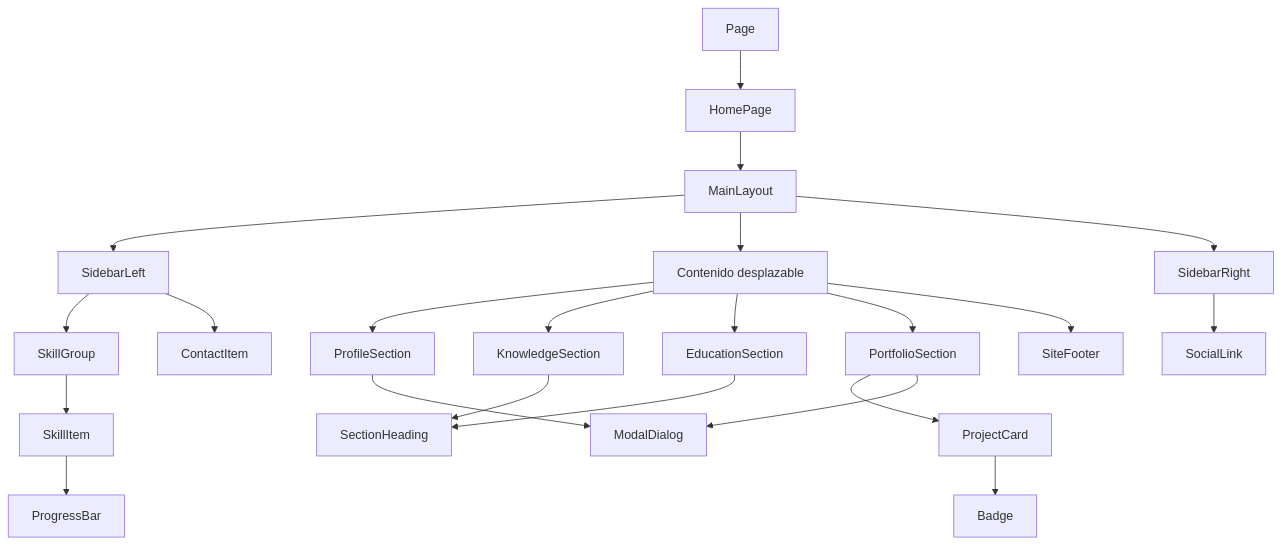
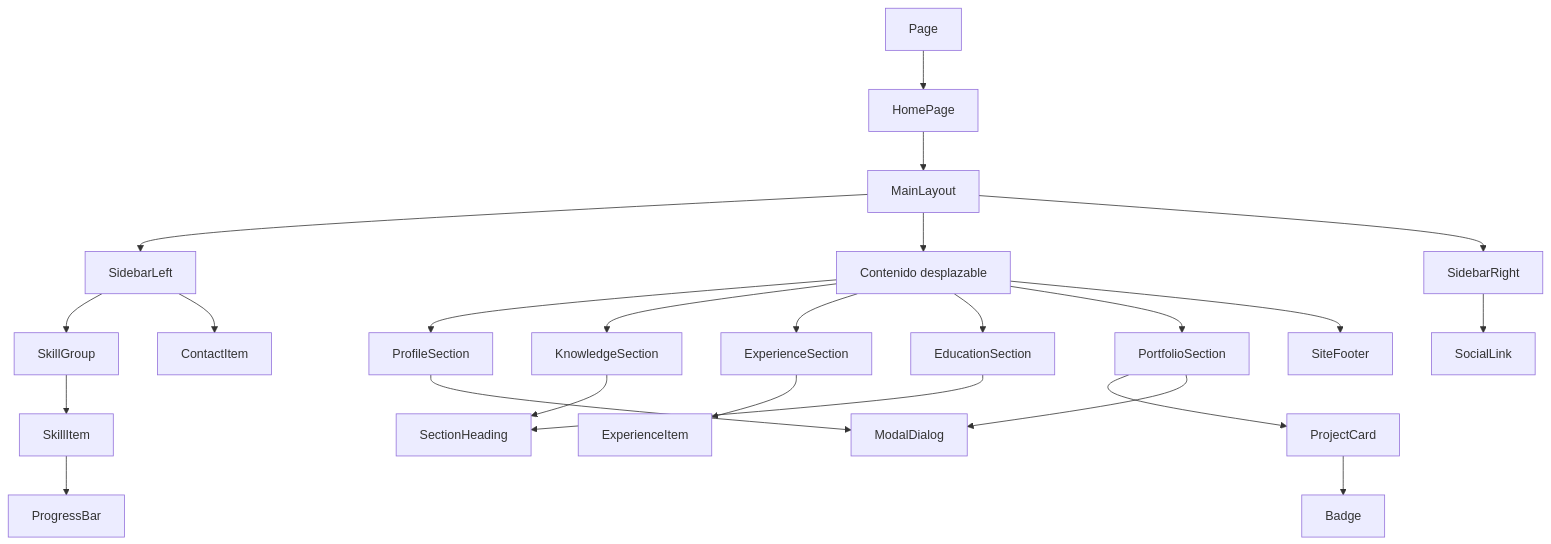
Before and after one commit to MiltonCuervo/Proyecto-1-Ingenieria-Web: the diagram in README.md, drawn with Mermaid. The commit also changed other lines of this file and 12 other files, not shown here.

````diff
--- a/README.md
+++ b/README.md
@@ -61,22 +61,24 @@
 ```mermaid
 flowchart TD
   Page[Page] --> Home[HomePage]
   Home --> Layout[MainLayout]
   Layout --> Left[SidebarLeft]
   Layout --> Center[Contenido desplazable]
   Layout --> Right[SidebarRight]
   Center --> Profile[ProfileSection]
   Center --> Knowledge[KnowledgeSection]
+  Center --> Experience[ExperienceSection]
   Center --> Education[EducationSection]
   Center --> Portfolio[PortfolioSection]
   Center --> Footer[SiteFooter]
   Left --> SkillGroup --> SkillItem --> ProgressBar
   Left --> ContactItem
   Right --> SocialLink
   Knowledge --> Heading[SectionHeading]
+  Experience --> ExperienceItem[ExperienceItem]
   Education --> Heading
   Portfolio --> Project[ProjectCard]
   Project --> Badge
   Portfolio --> Dialog[ModalDialog]
   Profile --> Dialog
 ```
````
